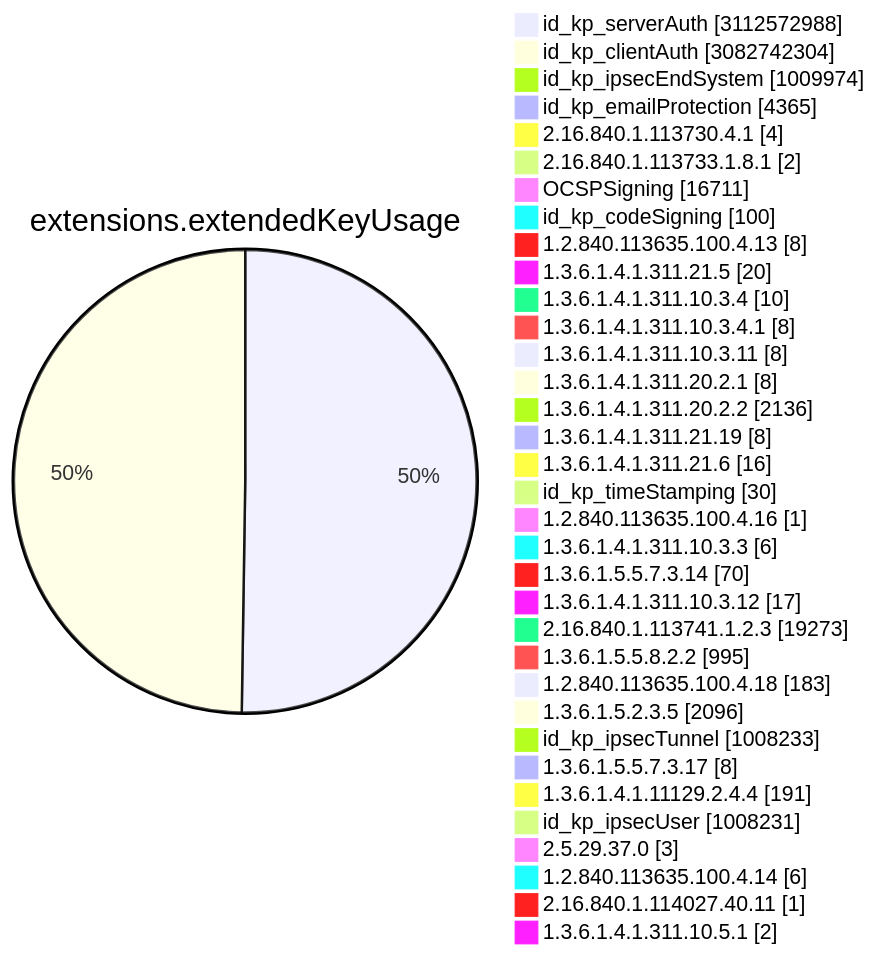
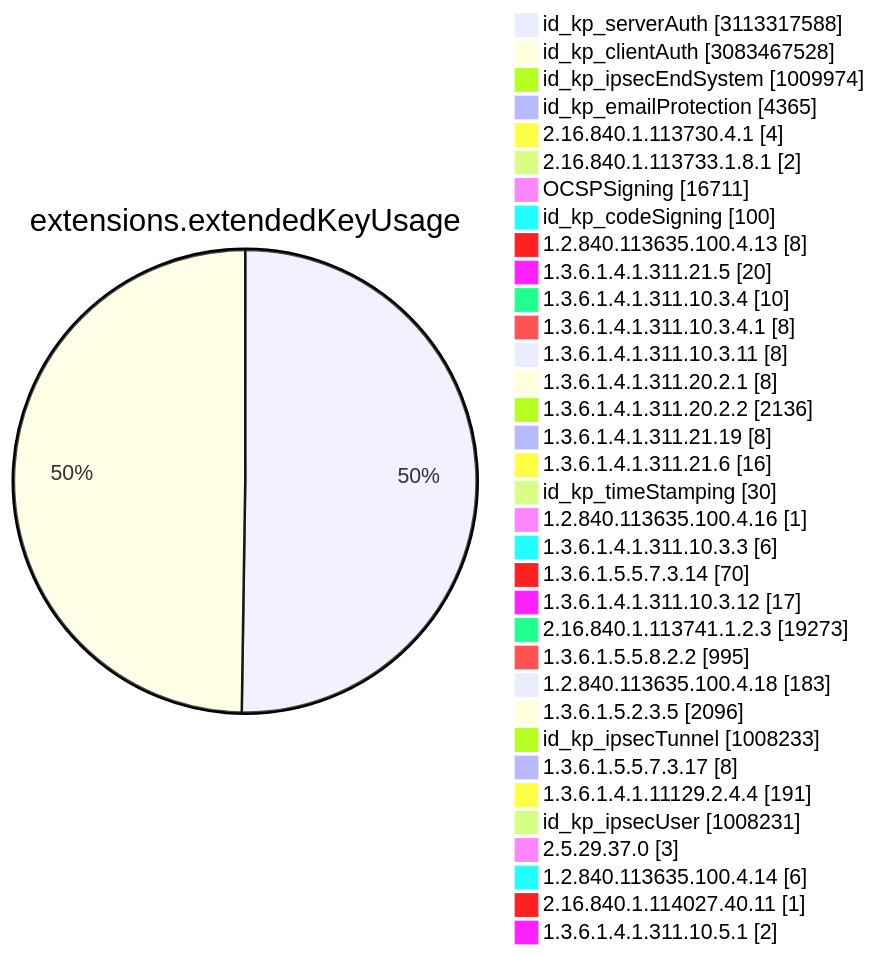
Diagram 11 of 15 in TOTAL/README.md (christiankrug/ctmonitor_visualization), drawn with Mermaid before and after one commit. The commit also changed other lines of this file, not shown here.

````diff
--- a/TOTAL/README.md
+++ b/TOTAL/README.md
@@ -4117,38 +4117,38 @@
 ```mermaid
 pie showData
 title extensions.extendedKeyUsage
-"id_kp_serverAuth" :3112572988
-"id_kp_clientAuth" :3082742304
+"id_kp_serverAuth" :3113317588
+"id_kp_clientAuth" :3083467528
 "id_kp_ipsecEndSystem" :1009974
 "id_kp_emailProtection" :4365
 "2.16.840.1.113730.4.1" :4
 "2.16.840.1.113733.1.8.1" :2
 "OCSPSigning" :16711
 "id_kp_codeSigning" :100
 "1.2.840.113635.100.4.13" :8
 "1.3.6.1.4.1.311.21.5" :20
 "1.3.6.1.4.1.311.10.3.4" :10
 "1.3.6.1.4.1.311.10.3.4.1" :8
 "1.3.6.1.4.1.311.10.3.11" :8
 "1.3.6.1.4.1.311.20.2.1" :8
 "1.3.6.1.4.1.311.20.2.2" :2136
 "1.3.6.1.4.1.311.21.19" :8
 "1.3.6.1.4.1.311.21.6" :16
 "id_kp_timeStamping" :30
 "1.2.840.113635.100.4.16" :1
 "1.3.6.1.4.1.311.10.3.3" :6
 "1.3.6.1.5.5.7.3.14" :70
 "1.3.6.1.4.1.311.10.3.12" :17
 "2.16.840.1.113741.1.2.3" :19273
 "1.3.6.1.5.5.8.2.2" :995
 "1.2.840.113635.100.4.18" :183
 "1.3.6.1.5.2.3.5" :2096
 "id_kp_ipsecTunnel" :1008233
 "1.3.6.1.5.5.7.3.17" :8
 "1.3.6.1.4.1.11129.2.4.4" :191
 "id_kp_ipsecUser" :1008231
 "2.5.29.37.0" :3
 "1.2.840.113635.100.4.14" :6
 "2.16.840.1.114027.40.11" :1
 "1.3.6.1.4.1.311.10.5.1" :2
 ```
````
